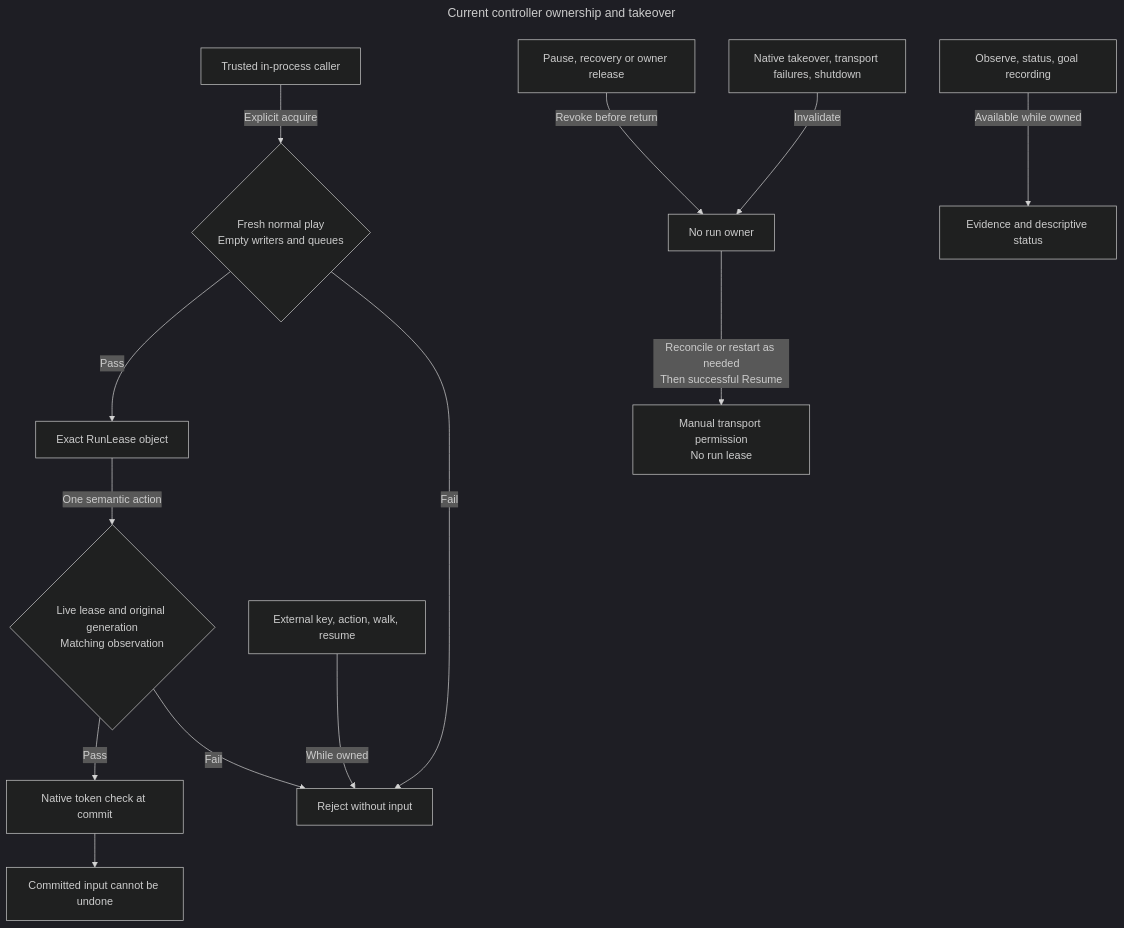
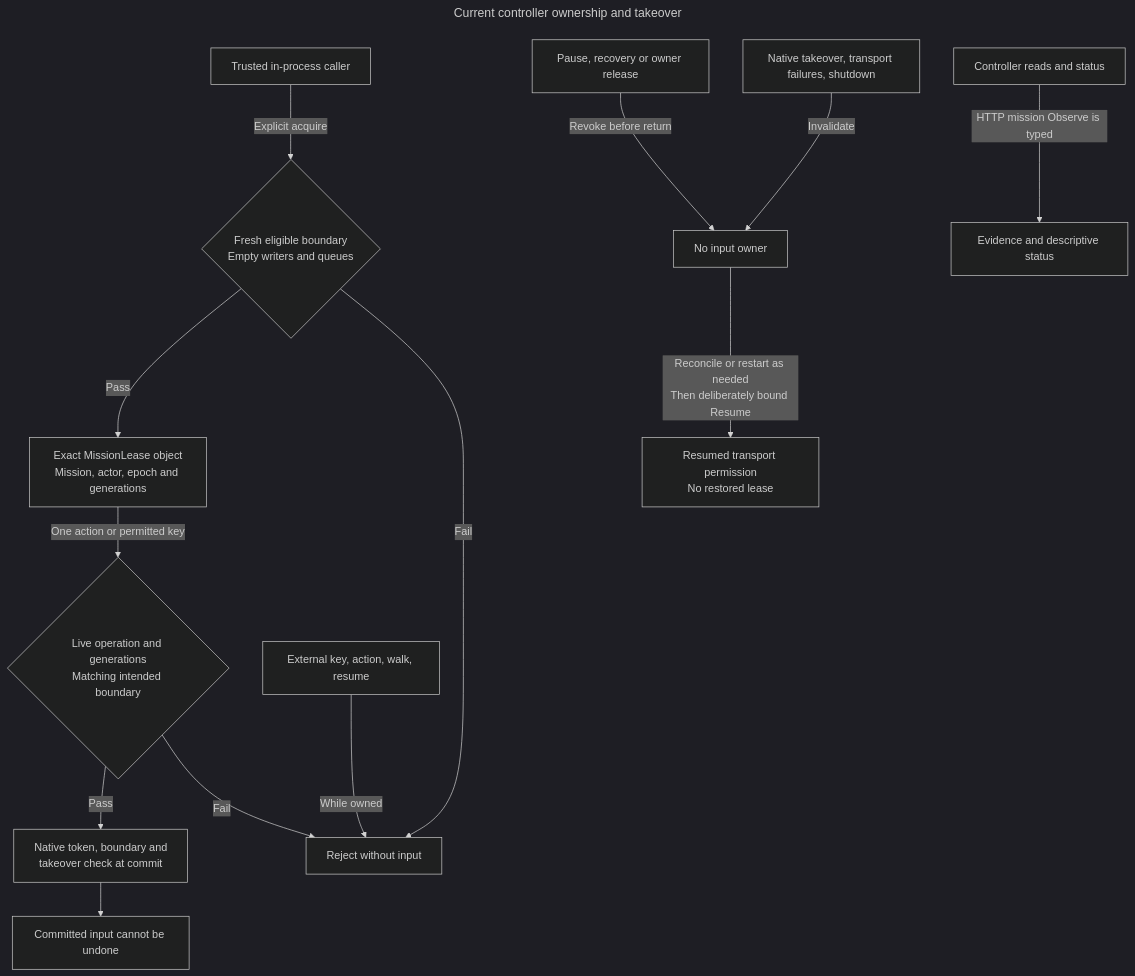
The diagram in docs/diagrams/run-ownership.mmd (CVX-Hull/enactive), drawn with Mermaid (dark theme) before and after one commit. The commit also changed 230 other files, not shown here.

```diff
--- a/docs/diagrams/run-ownership.mmd
+++ b/docs/diagrams/run-ownership.mmd
@@ -1,18 +1,18 @@
 ---
 title: Current controller ownership and takeover
 ---
 flowchart TD
-  accTitle: One run owns input until revoked
-  accDescr: A trusted caller acquires a process-local capability only with fresh normal-play evidence and empty queues. Its semantic action rechecks lease, admission generation and observed native authority. Competing external input is rejected. Observe, status and goal recording remain available. Pause and recovery revoke ownership, and native takeover, transport failures and shutdown invalidate it. Resume does not reacquire. Native commit cannot be undone. The run service is the trusted caller for explicitly admitted gameplay tasks.
-  Caller[Trusted in-process caller] -->|Explicit acquire| Gate{Fresh normal play<br/>Empty writers and queues}
-  Gate -->|Pass| Lease[Exact RunLease object]
+  accTitle: One mission operation owns input until revoked
+  accDescr: A trusted caller acquires a process-local capability only with fresh evidence eligible for its operation and empty queues. Navigation requires normal play; interaction and lifecycle can use supported menus. Each action or key rechecks the exact lease, host Pause and native takeover generations, and intended session/revision/boundary. Competing external input is rejected. Controller reads remain available; HTTP routes a nonterminal mission Observe through typed ingress and blocks raw recovery/input. Status and Pause remain available. Pause and recovery revoke ownership, and native takeover, transport failures and shutdown invalidate it. Resume does not reacquire. Native commit cannot be undone. The trusted runtime must separately admit the operation and lifecycle continuation; controller capability alone is not autonomous play.
+  Caller[Trusted in-process caller] -->|Explicit acquire| Gate{Fresh eligible boundary<br/>Empty writers and queues}
+  Gate -->|Pass| Lease[Exact MissionLease object<br/>Mission, actor, epoch and generations]
   Gate -->|Fail| Reject[Reject without input]
-  Lease -->|One semantic action| Check{Live lease and original generation<br/>Matching observation}
-  Check -->|Pass| Native[Native token check at commit]
+  Lease -->|One action or permitted key| Check{Live operation and generations<br/>Matching intended boundary}
+  Check -->|Pass| Native[Native token, boundary and<br/>takeover check at commit]
   Check -->|Fail| Reject
   External[External key, action, walk, resume] -->|While owned| Reject
-  Operator[Pause, recovery or owner release] -->|Revoke before return| Revoke[No run owner]
+  Operator[Pause, recovery or owner release] -->|Revoke before return| Revoke[No input owner]
   Invalidate[Native takeover, transport failures, shutdown] -->|Invalidate| Revoke
-  Revoke -->|Reconcile or restart as needed<br/>Then successful Resume| Manual[Manual transport permission<br/>No run lease]
-  Read[Observe, status, goal recording] -->|Available while owned| View[Evidence and descriptive status]
+  Revoke -->|Reconcile or restart as needed<br/>Then deliberately bound Resume| Manual[Resumed transport permission<br/>No restored lease]
+  Read["Controller reads and status"] -->|"HTTP mission Observe is typed"| View["Evidence and descriptive status"]
   Native --> Limit[Committed input cannot be undone]
```
